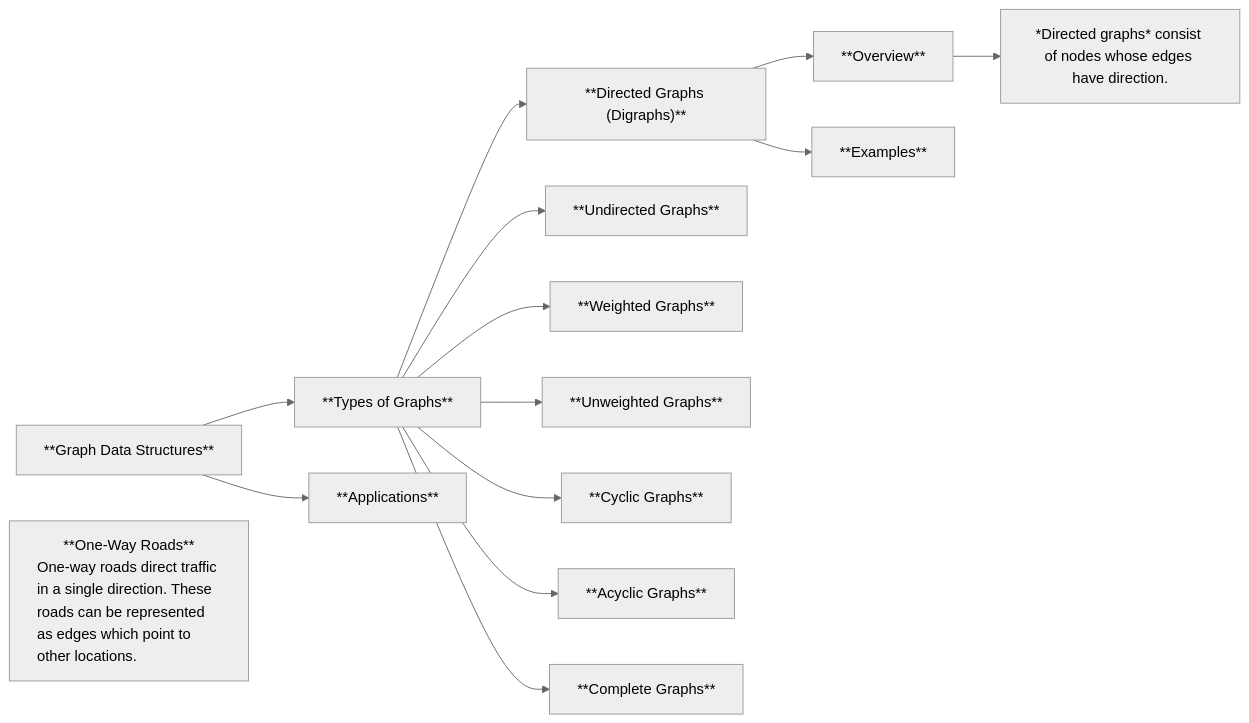
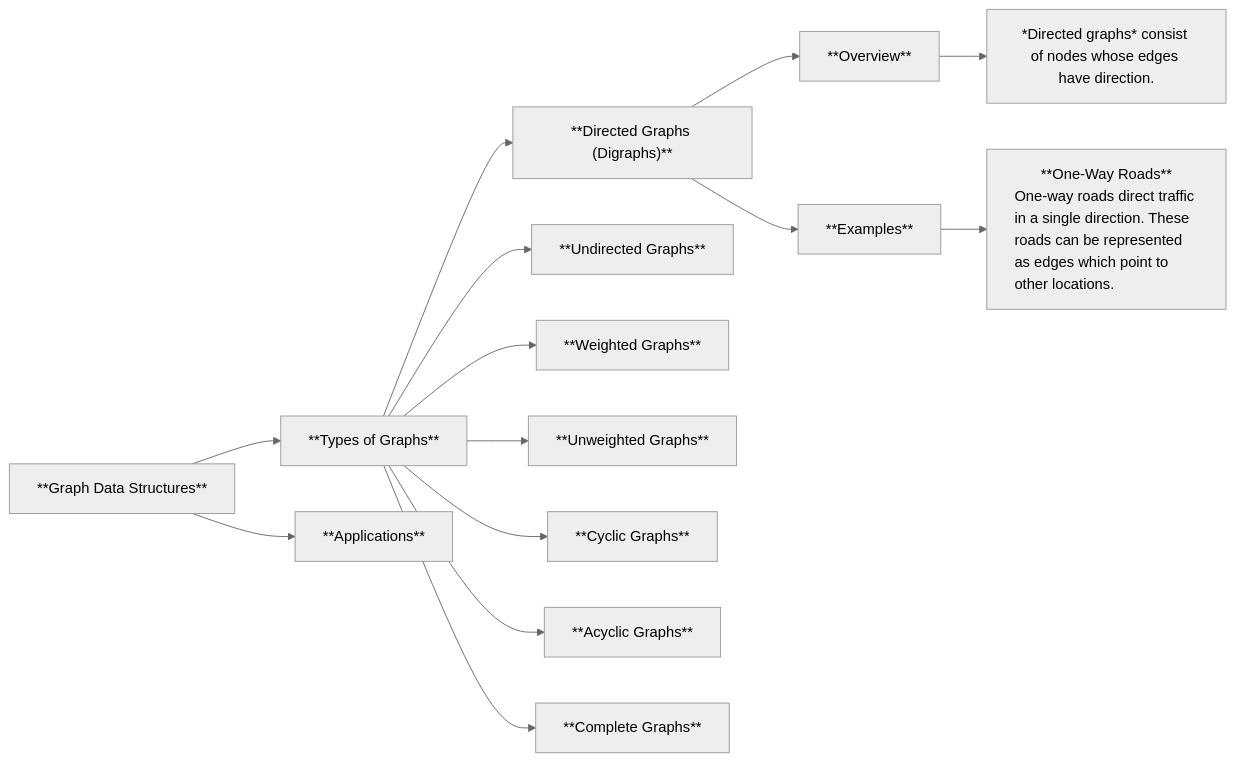
One commit to TheoDrHashiriya/mermaid changed the diagram in graph.md. Above: the diagram before and after it, drawn with Mermaid (neutral theme).

Commit message:
added link from digraph examples header node to example 1

````diff
--- a/graph.md
+++ b/graph.md
@@ -1,29 +1,30 @@
 ```mermaid
 flowchart LR
 gds["**Graph Data Structures**"]
 
 gtype["**Types of Graphs**"]
 
 gdir["**Directed Graphs (Digraphs)**"]
 gdirov["**Overview**"]
 gdirovtxt["*Directed graphs* consist of nodes whose edges have direction."]
 gdirov-->gdirovtxt
 
 gdirex["**Examples**"]
 gdirex1["**One-Way Roads**
 <p style='text-align:left;'>One-way roads direct traffic in a single direction. These roads can be represented as edges which point to other locations.</p>"]
+gdirex-->gdirex1
 
 gdir-->gdirov & gdirex
 
 gundir["**Undirected Graphs**"]
 gwe["**Weighted Graphs**"]
 gunwe["**Unweighted Graphs**"]
 gcyc["**Cyclic Graphs**"]
 gacyc["**Acyclic Graphs**"]
 gcom["**Complete Graphs**"]
 
 gapp["**Applications**"]
 
 gds-->gtype & gapp
 gtype-->gdir & gundir & gwe & gunwe & gcyc & gacyc & gcom
 ```
````
